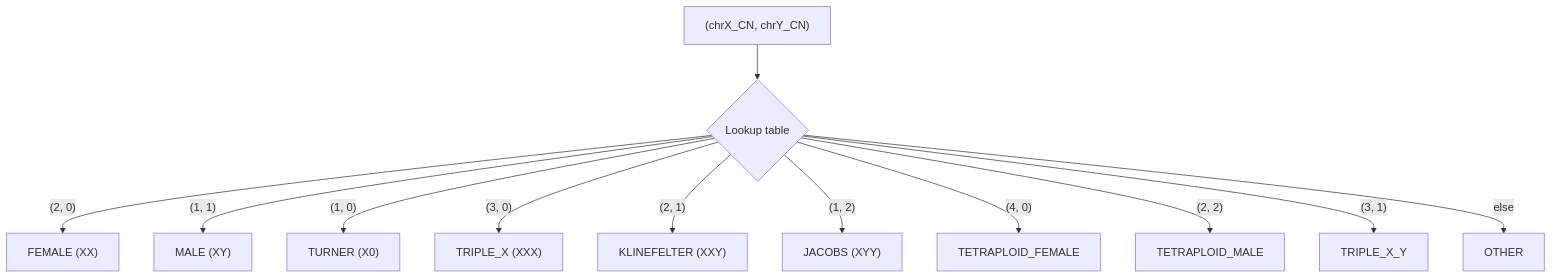
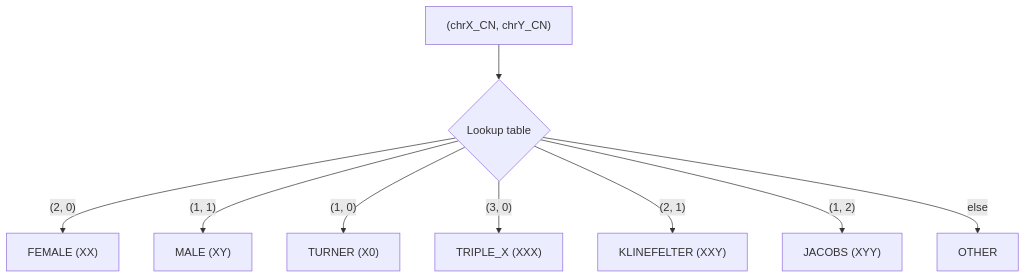
One commit to broadinstitute/gatk-sv changed the fifth of 5 diagrams in src/gatk-sv-ploidy/README.md. Above: the diagram before and after it, drawn with Mermaid. The commit also changed other lines of this file and 17 other files, not shown here.

````diff
--- a/src/gatk-sv-ploidy/README.md
+++ b/src/gatk-sv-ploidy/README.md
@@ -533,14 +556,11 @@
 ```mermaid
 flowchart TD
     INPUT["(chrX_CN, chrY_CN)"] --> CHECK{Lookup table}
     CHECK -->|"(2, 0)"| F["FEMALE (XX)"]
     CHECK -->|"(1, 1)"| M["MALE (XY)"]
     CHECK -->|"(1, 0)"| T["TURNER (X0)"]
     CHECK -->|"(3, 0)"| TX["TRIPLE_X (XXX)"]
     CHECK -->|"(2, 1)"| K["KLINEFELTER (XXY)"]
     CHECK -->|"(1, 2)"| J["JACOBS (XYY)"]
-    CHECK -->|"(4, 0)"| TF["TETRAPLOID_FEMALE"]
-    CHECK -->|"(2, 2)"| TM["TETRAPLOID_MALE"]
-    CHECK -->|"(3, 1)"| TXY["TRIPLE_X_Y"]
     CHECK -->|else| O["OTHER"]
 ```
````
